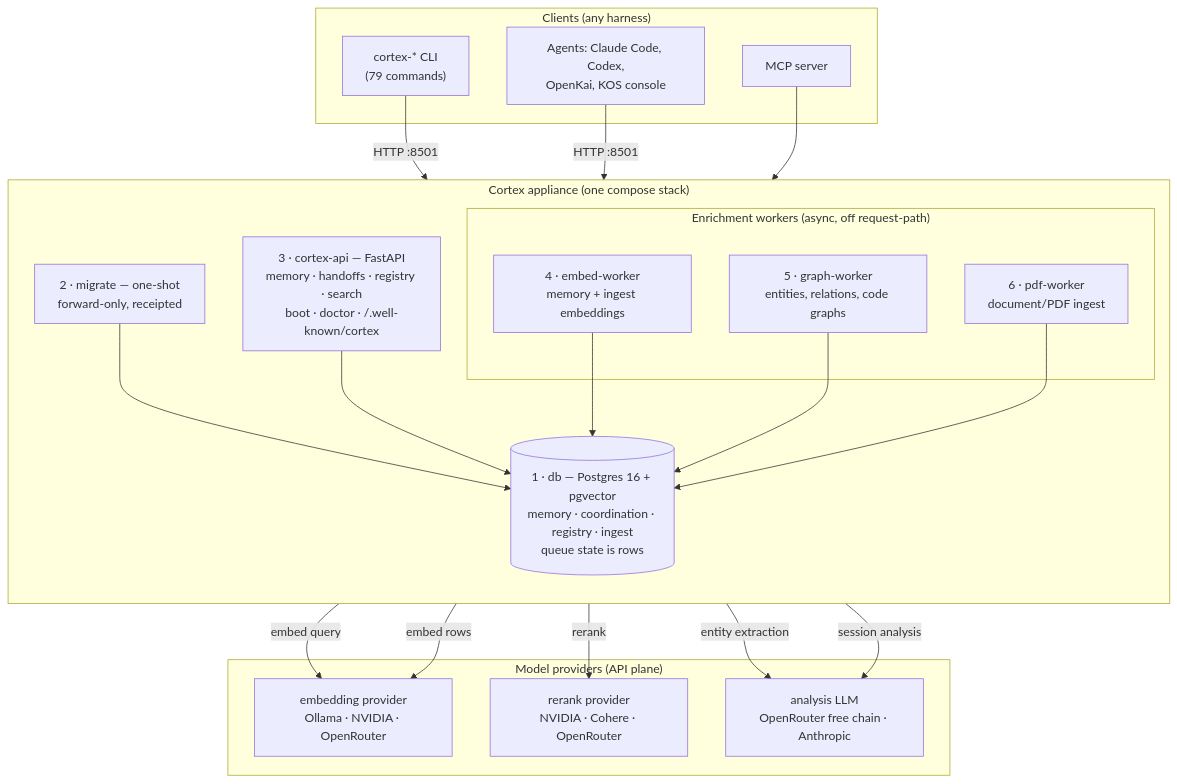
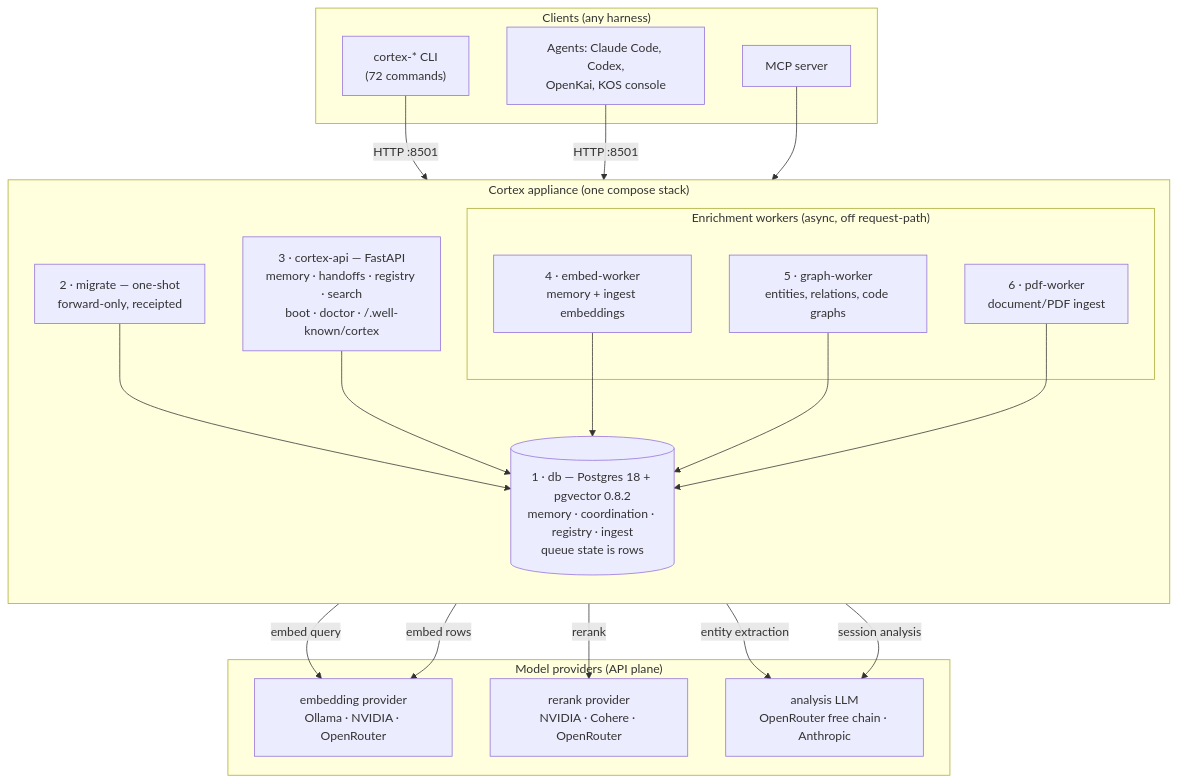
One commit to Kaidera-AI/cortex changed the first of 6 diagrams in docs/guides/cortex-guide.md. Above: the diagram before and after it, drawn with Mermaid. The commit also changed other lines of this file and 7 other files, not shown here.

````diff
--- a/docs/guides/cortex-guide.md
+++ b/docs/guides/cortex-guide.md
@@ -110,40 +111,40 @@
 ```mermaid
 flowchart TB
     subgraph clients["Clients (any harness)"]
-        CLI["cortex-* CLI<br/>(79 commands)"]
+        CLI["cortex-* CLI<br/>(72 commands)"]
         AGT["Agents: Claude Code, Codex,<br/>OpenKai, KOS console"]
         MCP["MCP server"]
     end
 
     subgraph appliance["Cortex appliance (one compose stack)"]
         direction TB
         API["3 · cortex-api — FastAPI<br/>memory · handoffs · registry · search<br/>boot · doctor · /.well-known/cortex"]
         MIG["2 · migrate — one-shot<br/>forward-only, receipted"]
         subgraph workers["Enrichment workers (async, off request-path)"]
             EW["4 · embed-worker<br/>memory + ingest embeddings"]
             GW["5 · graph-worker<br/>entities, relations, code graphs"]
             PW["6 · pdf-worker<br/>document/PDF ingest"]
         end
-        DB[("1 · db — Postgres 16 + pgvector<br/>memory · coordination · registry · ingest<br/>queue state is rows")]
+        DB[("1 · db — Postgres 18 + pgvector 0.8.2<br/>memory · coordination · registry · ingest<br/>queue state is rows")]
         MIG --> DB
         API --> DB
         EW --> DB
         GW --> DB
         PW --> DB
     end
 
     subgraph providers["Model providers (API plane)"]
         EMBP["embedding provider<br/>Ollama · NVIDIA · OpenRouter"]
         RRP["rerank provider<br/>NVIDIA · Cohere · OpenRouter"]
         LLMP["analysis LLM<br/>OpenRouter free chain · Anthropic"]
     end
 
     CLI -->|HTTP :8501| API
     AGT -->|HTTP :8501| API
     MCP --> API
     API -->|embed query| EMBP
     API -->|rerank| RRP
     EW -->|embed rows| EMBP
     GW -->|entity extraction| LLMP
     API -->|session analysis| LLMP
 ```
````
